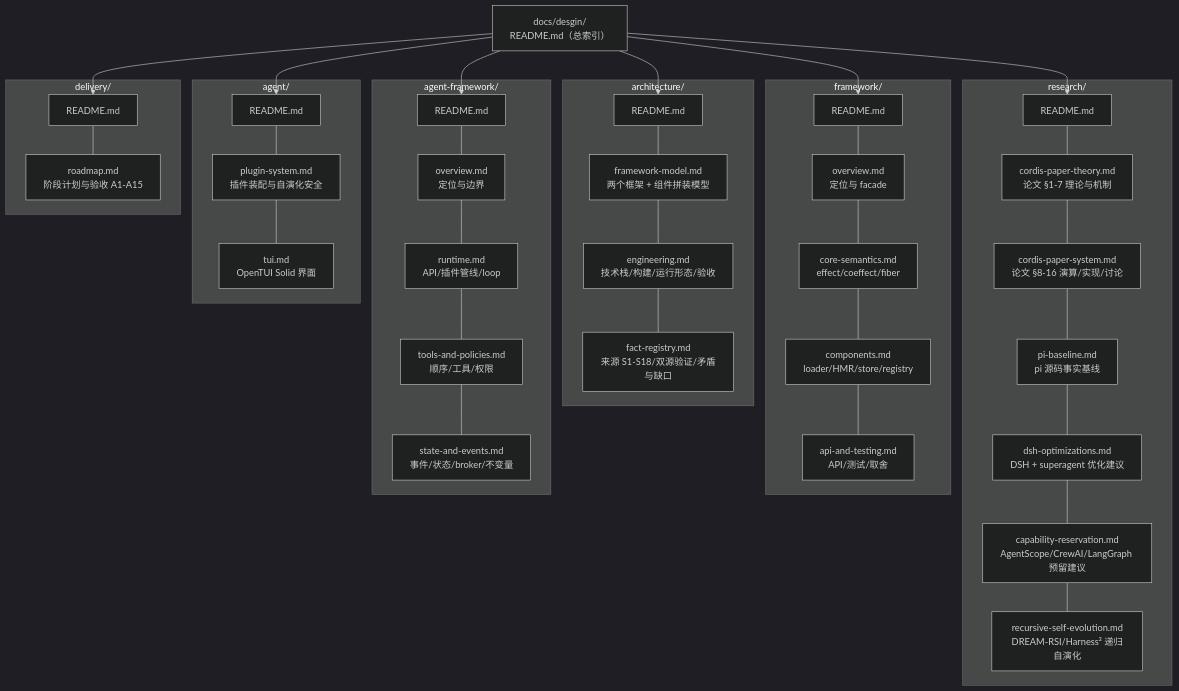
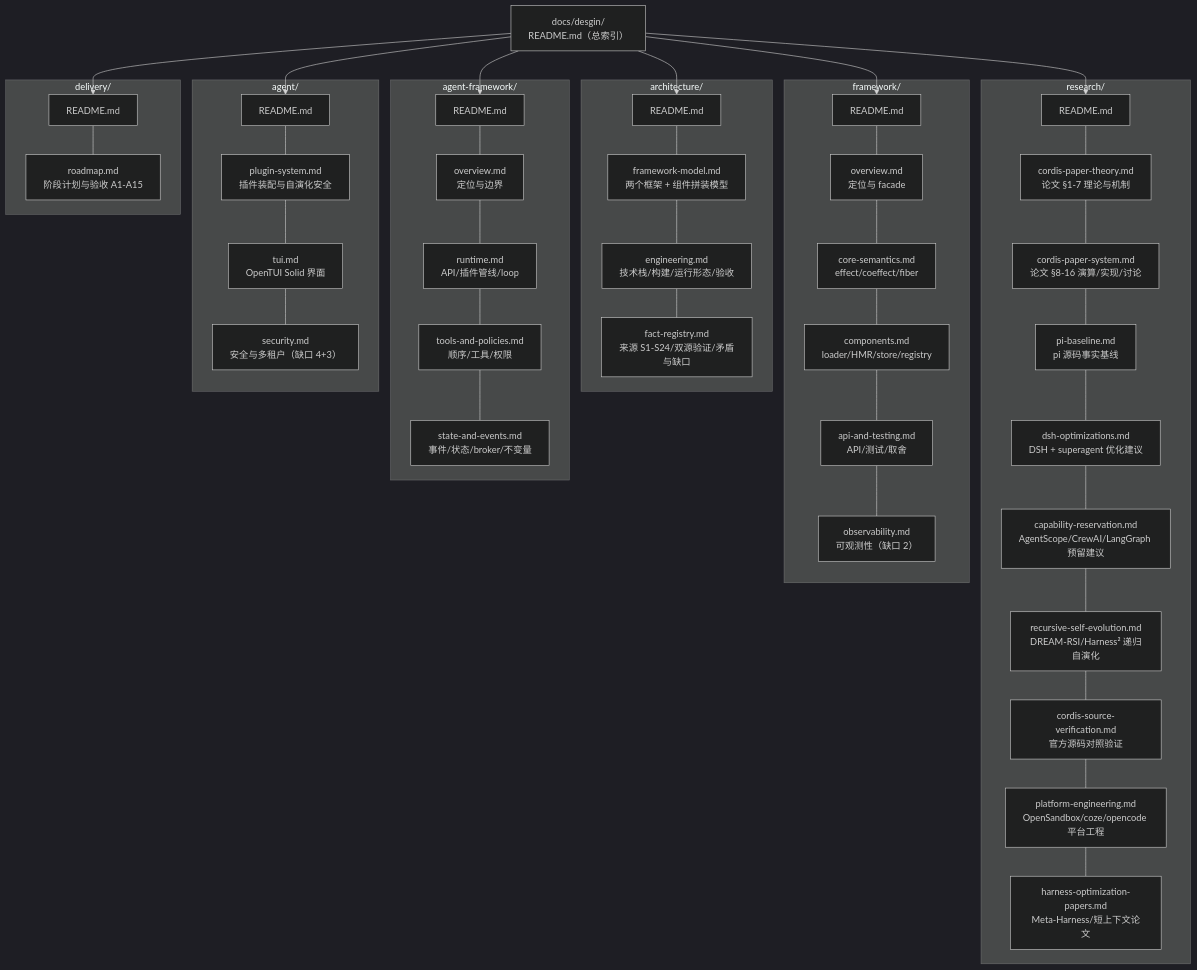
One commit to jesspig/zeta-agent changed the first of 2 diagrams in docs/desgin/README.md. Above: the diagram before and after it, drawn with Mermaid (dark theme). The commit also changed other lines of this file and 10 other files, not shown here.

First line of the commit message:
docs(design): fill observability, security and performance gaps

````diff
--- a/docs/desgin/README.md
+++ b/docs/desgin/README.md
@@ -19,37 +19,42 @@
 ```mermaid
 flowchart TB
     ROOT["docs/desgin/<br/>README.md（总索引）"]
     subgraph R["research/"]
         R0["README.md"] --- R1["cordis-paper-theory.md<br/>论文 §1-7 理论与机制"]
         R1 --- R2["cordis-paper-system.md<br/>论文 §8-16 演算/实现/讨论"]
         R2 --- R3["pi-baseline.md<br/>pi 源码事实基线"]
         R3 --- R4["dsh-optimizations.md<br/>DSH + superagent 优化建议"]
         R4 --- R5["capability-reservation.md<br/>AgentScope/CrewAI/LangGraph 预留建议"]
         R5 --- R6["recursive-self-evolution.md<br/>DREAM-RSI/Harness² 递归自演化"]
+        R6 --- R7["cordis-source-verification.md<br/>官方源码对照验证"]
+        R7 --- R8["platform-engineering.md<br/>OpenSandbox/coze/opencode 平台工程"]
+        R8 --- R9["harness-optimization-papers.md<br/>Meta-Harness/短上下文论文"]
     end
     subgraph A["architecture/"]
         A0["README.md"] --- A1["framework-model.md<br/>两个框架 + 组件拼装模型"]
         A1 --- A2["engineering.md<br/>技术栈/构建/运行形态/验收"]
-        A2 --- A3["fact-registry.md<br/>来源 S1-S18/双源验证/矛盾与缺口"]
+        A2 --- A3["fact-registry.md<br/>来源 S1-S24/双源验证/矛盾与缺口"]
     end
     subgraph F["framework/"]
         F0["README.md"] --- F1["overview.md<br/>定位与 facade"]
         F1 --- F2["core-semantics.md<br/>effect/coeffect/fiber"]
         F2 --- F3["components.md<br/>loader/HMR/store/registry"]
         F3 --- F4["api-and-testing.md<br/>API/测试/取舍"]
+        F4 --- F5["observability.md<br/>可观测性（缺口 2）"]
     end
     subgraph AF["agent-framework/"]
         AF0["README.md"] --- AF1["overview.md<br/>定位与边界"]
         AF1 --- AF2["runtime.md<br/>API/插件管线/loop"]
         AF2 --- AF3["tools-and-policies.md<br/>顺序/工具/权限"]
         AF3 --- AF4["state-and-events.md<br/>事件/状态/broker/不变量"]
     end
     subgraph AG["agent/"]
         AG0["README.md"] --- AG1["plugin-system.md<br/>插件装配与自演化安全"]
         AG1 --- AG2["tui.md<br/>OpenTUI Solid 界面"]
+        AG2 --- AG3["security.md<br/>安全与多租户（缺口 4+3）"]
     end
     subgraph D["delivery/"]
         D0["README.md"] --- D1["roadmap.md<br/>阶段计划与验收 A1-A15"]
     end
     ROOT --> R0 & A0 & F0 & AF0 & AG0 & D0
 ```
````
